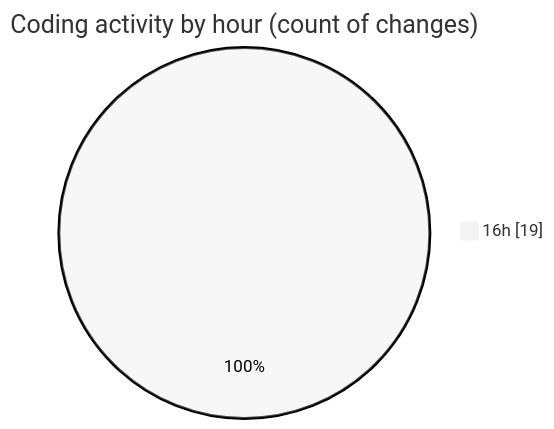
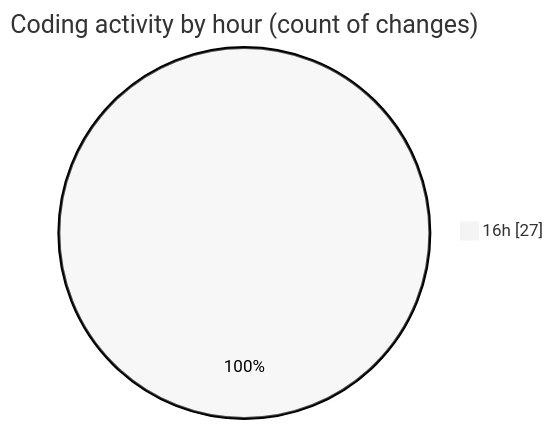
One commit to Netris89/code-tracking changed the second of 2 diagrams in 2025-11-01/skintrack/README.md. Above: the diagram before and after it, drawn with Mermaid (neutral theme). The commit also changed other lines of this file and 1 other file, not shown here.

````diff
--- a/2025-11-01/skintrack/README.md
+++ b/2025-11-01/skintrack/README.md
@@ -30,5 +31,5 @@
 ```mermaid
 pie showData
 title Coding activity by hour (count of changes)
-"16h" : 19
+"16h" : 27
 ```
````
